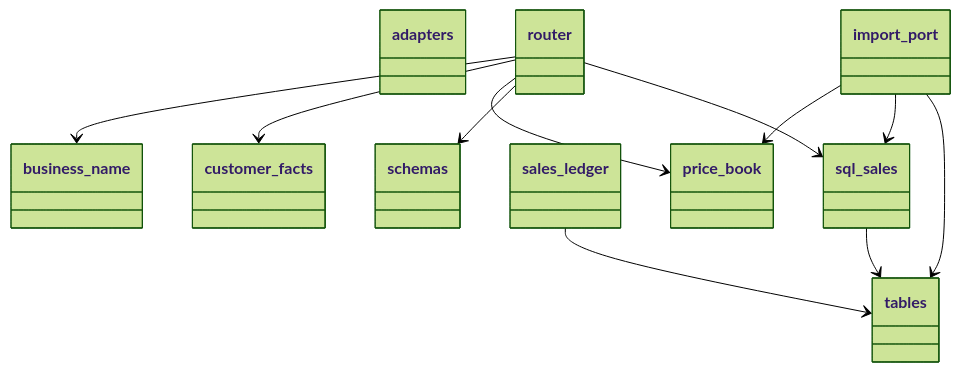
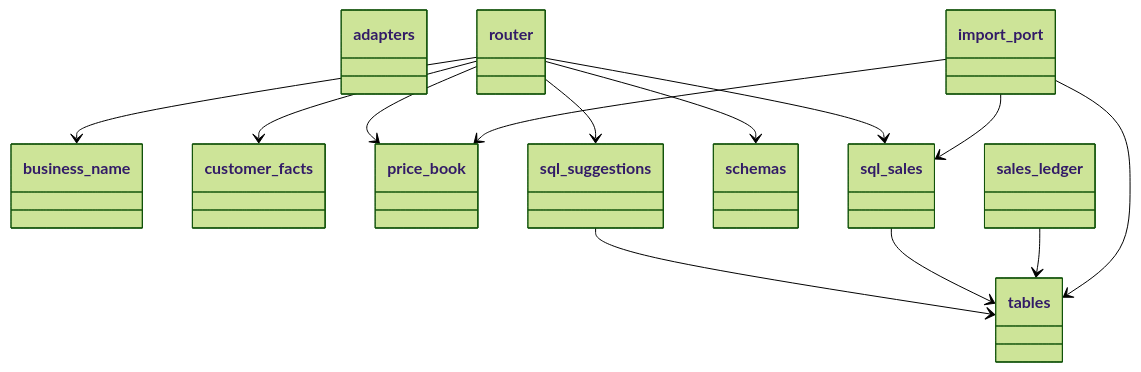
Before and after one commit to GonzaloZevallos/apostrophe: the third of 6 diagrams in docs/architecture/generated/classes/sales.md, drawn with Mermaid (forest theme). The commit also changed other lines of this file and 4 other files, not shown here.

````diff
--- a/docs/architecture/generated/classes/sales.md
+++ b/docs/architecture/generated/classes/sales.md
@@ -58,33 +61,37 @@
 ```mermaid
 classDiagram
   class adapters {
   }
   class business_name {
   }
   class customer_facts {
   }
   class import_port {
   }
   class price_book {
   }
   class router {
   }
   class sales_ledger {
   }
   class schemas {
   }
   class sql_sales {
   }
+  class sql_suggestions {
+  }
   class tables {
   }
   import_port --> price_book
   import_port --> sql_sales
   import_port --> tables
   router --> business_name
   router --> customer_facts
   router --> price_book
   router --> schemas
   router --> sql_sales
+  router --> sql_suggestions
   sales_ledger --> tables
   sql_sales --> tables
+  sql_suggestions --> tables
 ```
````
